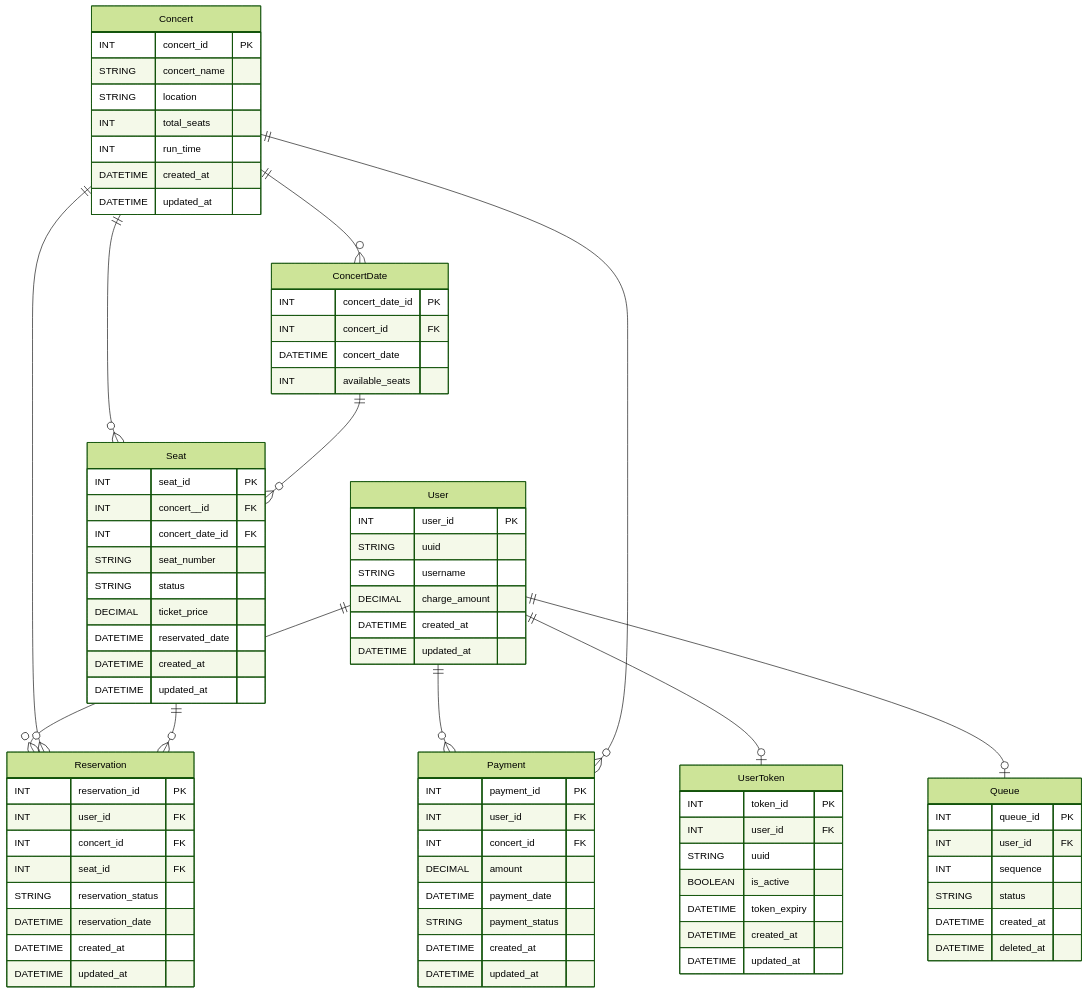
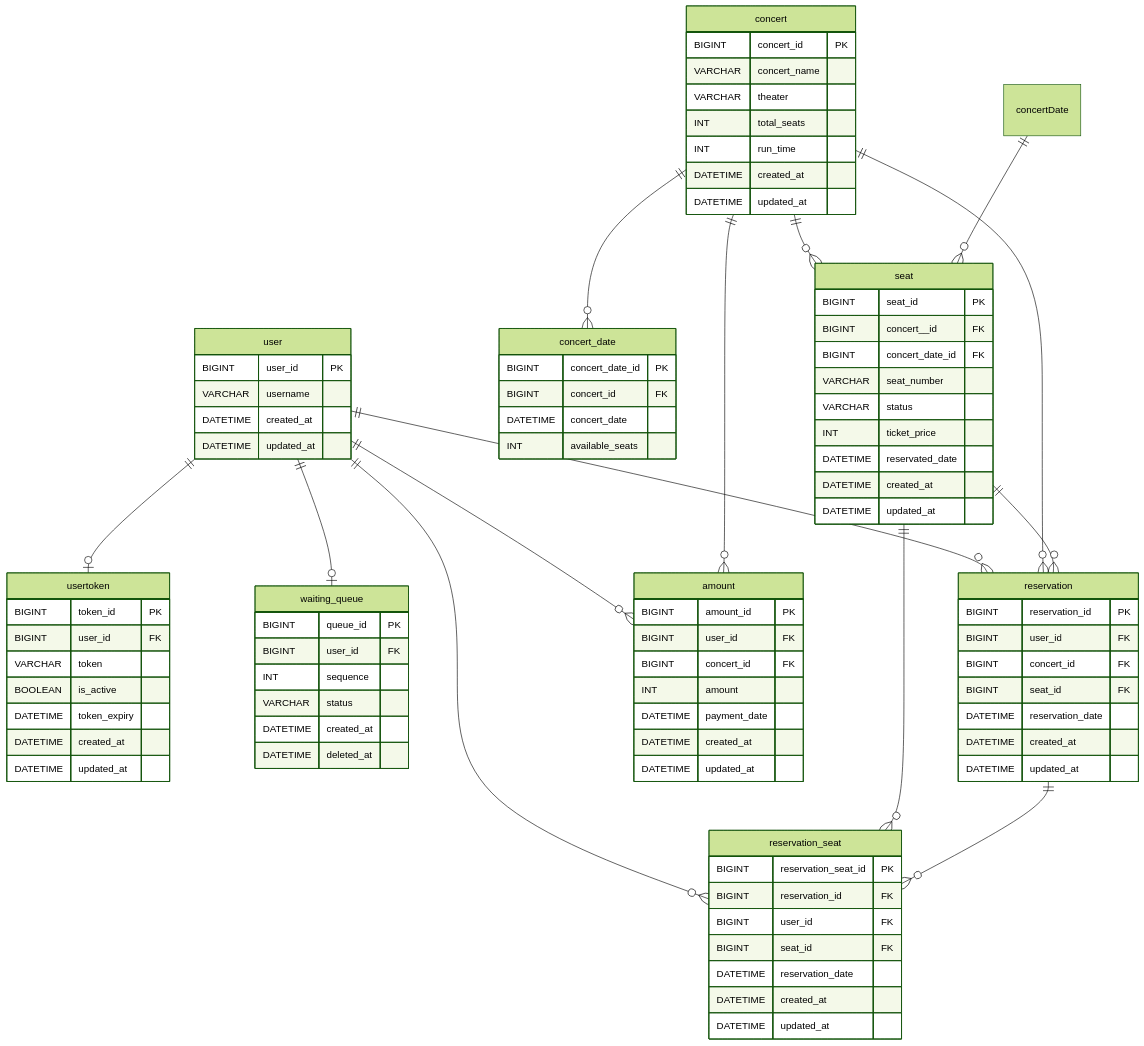
One commit to maiorem/ticket-reservation changed the eighth of 8 diagrams in README.md. Above: the diagram before and after it, drawn with Mermaid (forest theme).

Commit message:
set : erd update

````diff
--- a/README.md
+++ b/README.md
@@ -246,94 +246,103 @@
 ```mermaid
 erDiagram
-    User {
-        INT user_id PK
-        STRING uuid
-        STRING username
-        DECIMAL charge_amount
+    user {
+        BIGINT user_id PK
+        VARCHAR username
         DATETIME created_at
         DATETIME updated_at
     }
 
-    UserToken {
-        INT token_id PK
-        INT user_id FK
-        STRING uuid
+    usertoken {
+        BIGINT token_id PK
+        BIGINT user_id FK
+        VARCHAR token
         BOOLEAN is_active
         DATETIME token_expiry
         DATETIME created_at
         DATETIME updated_at
     }
 
-    Concert {
-        INT concert_id PK
-        STRING concert_name
-        STRING location
+    concert {
+        BIGINT concert_id PK
+        VARCHAR concert_name
+        VARCHAR theater
         INT total_seats
         INT run_time
         DATETIME created_at
         DATETIME updated_at
     }
 
-    ConcertDate {
-        INT concert_date_id PK
-        INT concert_id FK
+    concert_date {
+        BIGINT concert_date_id PK
+        BIGINT concert_id FK
         DATETIME concert_date
         INT available_seats
     }
 
-    Seat {
-        INT seat_id PK 
-        INT concert__id FK 
-        INT concert_date_id FK
-        STRING seat_number
-        STRING status
-        DECIMAL ticket_price  
+    seat {
+        BIGINT seat_id PK 
+        BIGINT concert__id FK 
+        BIGINT concert_date_id FK
+        VARCHAR seat_number
+        VARCHAR status
+        INT ticket_price  
         DATETIME reservated_date
         DATETIME created_at
         DATETIME updated_at
     }
 
-    Queue {
-        INT queue_id PK
-        INT user_id FK
+    waiting_queue {
+        BIGINT queue_id PK
+        BIGINT user_id FK
         INT sequence
-        STRING status
+        VARCHAR status
         DATETIME created_at
         DATETIME deleted_at
     }
     
-    Reservation {
-        INT reservation_id PK
-        INT user_id FK
-        INT concert_id FK
-        INT seat_id FK
-        STRING reservation_status
+    reservation {
+        BIGINT reservation_id PK
+        BIGINT user_id FK
+        BIGINT concert_id FK
+        BIGINT seat_id FK
         DATETIME reservation_date
         DATETIME created_at
         DATETIME updated_at
     }
 
-    Payment {
-        INT payment_id PK
-        INT user_id FK
-        INT concert_id FK
-        DECIMAL amount
+    reservation_seat {
+        BIGINT reservation_seat_id PK
+        BIGINT reservation_id FK
+        BIGINT user_id FK
+        BIGINT seat_id FK
+        DATETIME reservation_date
+        DATETIME created_at
+        DATETIME updated_at
+    }
+
+    amount {
+        BIGINT amount_id PK
+        BIGINT user_id FK
+        BIGINT concert_id FK
+        INT amount
         DATETIME payment_date
-        STRING payment_status
         DATETIME created_at
         DATETIME updated_at
     }
 
 
-    User ||--o| UserToken : ""
-    User ||--o{ Payment : ""
-    User ||--o| Queue : ""
-    User ||--o{ Reservation : ""
-    Concert ||--o{ ConcertDate : ""
-    Concert ||--o{ Seat : ""
-    Concert ||--o{ Reservation : ""
-    Seat ||--o{ Reservation : ""
-    ConcertDate ||--o{ Seat : "" 
-    Concert ||--o{ Payment : ""
+    user ||--o| usertoken : ""
+    user ||--o{ amount : ""
+    user ||--o| waiting_queue : ""
+    user ||--o{ reservation : ""
+    user ||--o{ reservation_seat : ""
+    concert ||--o{ concert_date : ""
+    concert ||--o{ seat : ""
+    concert ||--o{ reservation : ""
+    seat ||--o{ reservation : ""
+    seat ||--o{ reservation_seat : ""
+    concertDate ||--o{ seat : "" 
+    concert ||--o{ amount : ""
+    reservation ||--o{ reservation_seat : ""
 
 ``` 
````
